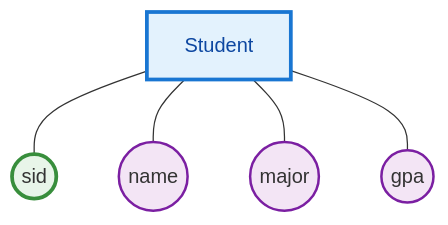
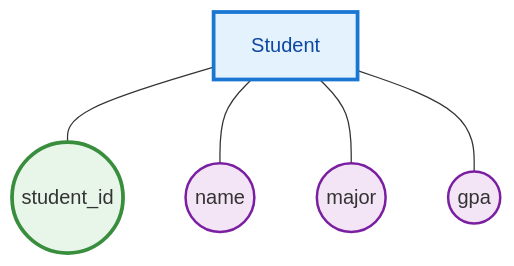
One commit to ufdatastudio/cop5725fa26 changed the seventh of 27 diagrams in lecture-outlines/day6-er-modeling/slides.md. Above: the diagram before and after it, drawn with Mermaid. The commit also changed other lines of this file and 33 other files, not shown here.

````diff
--- a/lecture-outlines/day6-er-modeling/slides.md
+++ b/lecture-outlines/day6-er-modeling/slides.md
@@ -245,14 +244,14 @@
 ```mermaid
 graph TB
   S["Student"]
-  S --- SID(("sid"))
+  S --- SID(("student_id"))
   S --- Name(("name"))
   S --- Major(("major"))
   S --- GPA(("gpa"))
   classDef entity fill:#e3f2fd,stroke:#1976d2,stroke-width:3px,color:#0d47a1
   classDef attr fill:#f3e5f5,stroke:#7b1fa2,stroke-width:2px
   classDef key fill:#e8f5e9,stroke:#388e3c,stroke-width:3px
   class S entity
   class Name,Major,GPA attr
   class SID key
 ```
````
